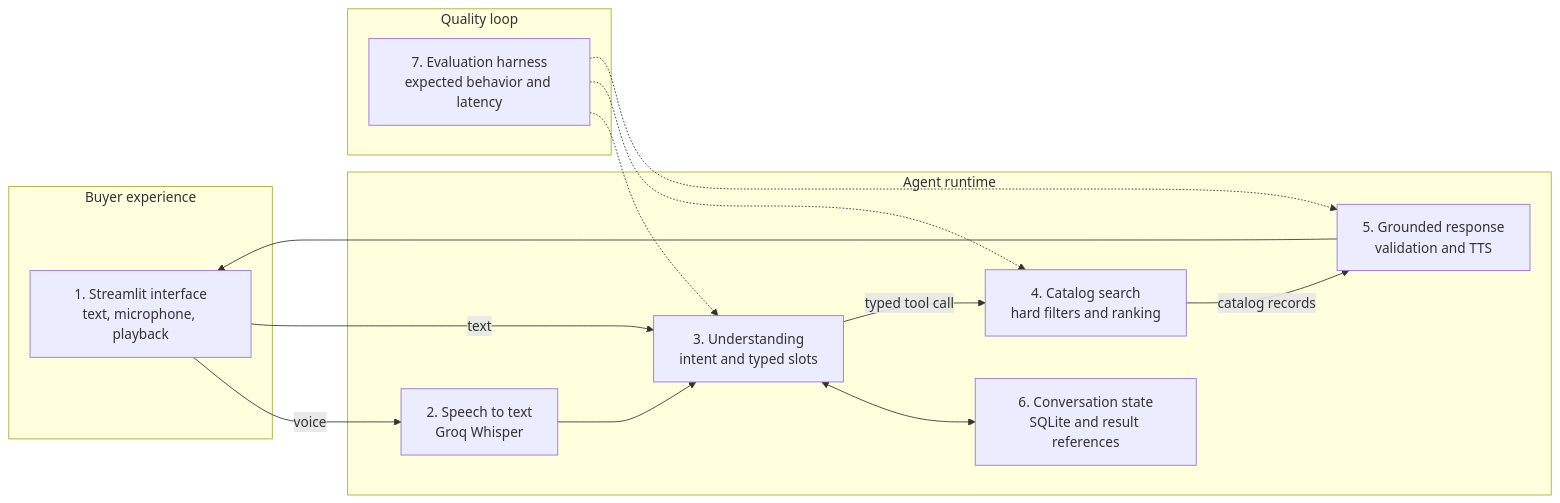
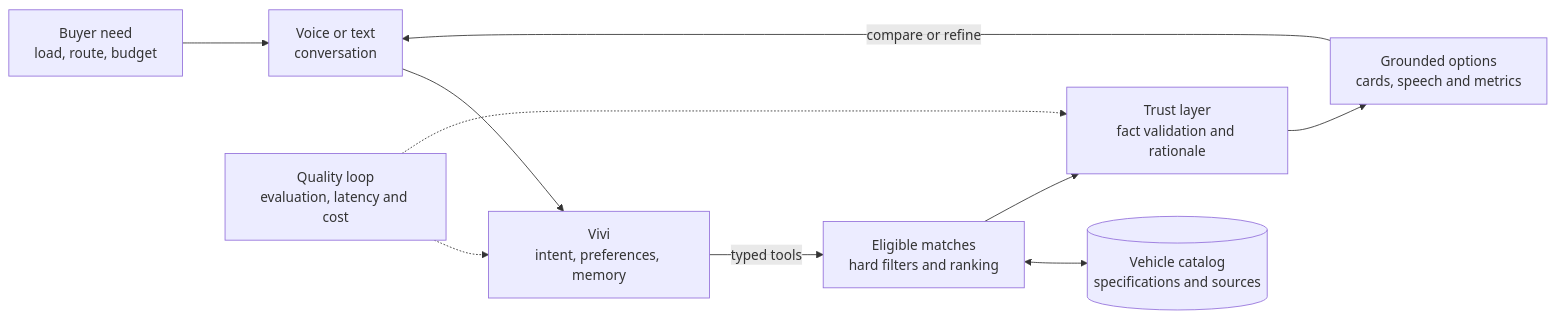
Before and after one commit to KayvanShah1/conversational-commercial-vehicle-search: the diagram in README.md, drawn with Mermaid. The commit also changed other lines of this file and 9 other files, not shown here.

````diff
--- a/README.md
+++ b/README.md
@@ -99,27 +55,12 @@
 ```mermaid
 flowchart LR
-    subgraph EXPERIENCE["Buyer experience"]
-        UI["1. Streamlit interface<br/>text, microphone, playback"]
-    end
-
-    subgraph AGENT["Agent runtime"]
-        STT["2. Speech to text<br/>Groq Whisper"]
-        UNDERSTAND["3. Understanding<br/>intent and typed slots"]
-        SEARCH["4. Catalog search<br/>hard filters and ranking"]
-        RESPONSE["5. Grounded response<br/>validation and TTS"]
-        STATE["6. Conversation state<br/>SQLite and result references"]
-    end
-
-    subgraph QUALITY["Quality loop"]
-        EVAL["7. Evaluation harness<br/>expected behavior and latency"]
-    end
-
-    UI -->|voice| STT --> UNDERSTAND
-    UI -->|text| UNDERSTAND
-    UNDERSTAND <--> STATE
-    UNDERSTAND -->|typed tool call| SEARCH
-    SEARCH -->|catalog records| RESPONSE --> UI
-    EVAL -.-> UNDERSTAND
-    EVAL -.-> SEARCH
-    EVAL -.-> RESPONSE
+    NEED["Buyer need<br/>load, route, budget"] --> EXPERIENCE["Voice or text<br/>conversation"]
+    EXPERIENCE --> ASSIST["Vivi<br/>intent, preferences, memory"]
+    ASSIST -->|typed tools| MATCH["Eligible matches<br/>hard filters and ranking"]
+    MATCH <--> CATALOG[("Vehicle catalog<br/>specifications and sources")]
+    MATCH --> TRUST["Trust layer<br/>fact validation and rationale"]
+    TRUST --> OPTIONS["Grounded options<br/>cards, speech and metrics"]
+    OPTIONS -->|compare or refine| EXPERIENCE
+    QUALITY["Quality loop<br/>evaluation, latency and cost"] -.-> ASSIST
+    QUALITY -.-> TRUST
 ```
````
